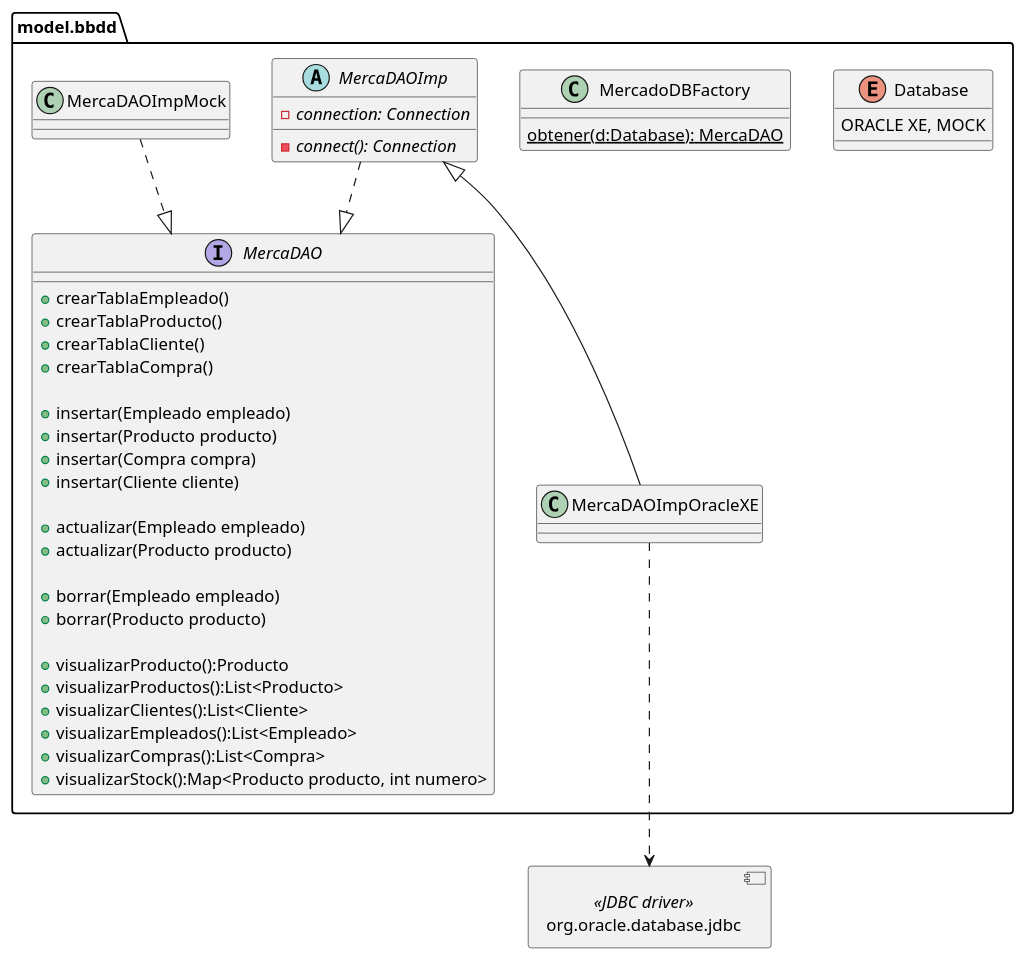
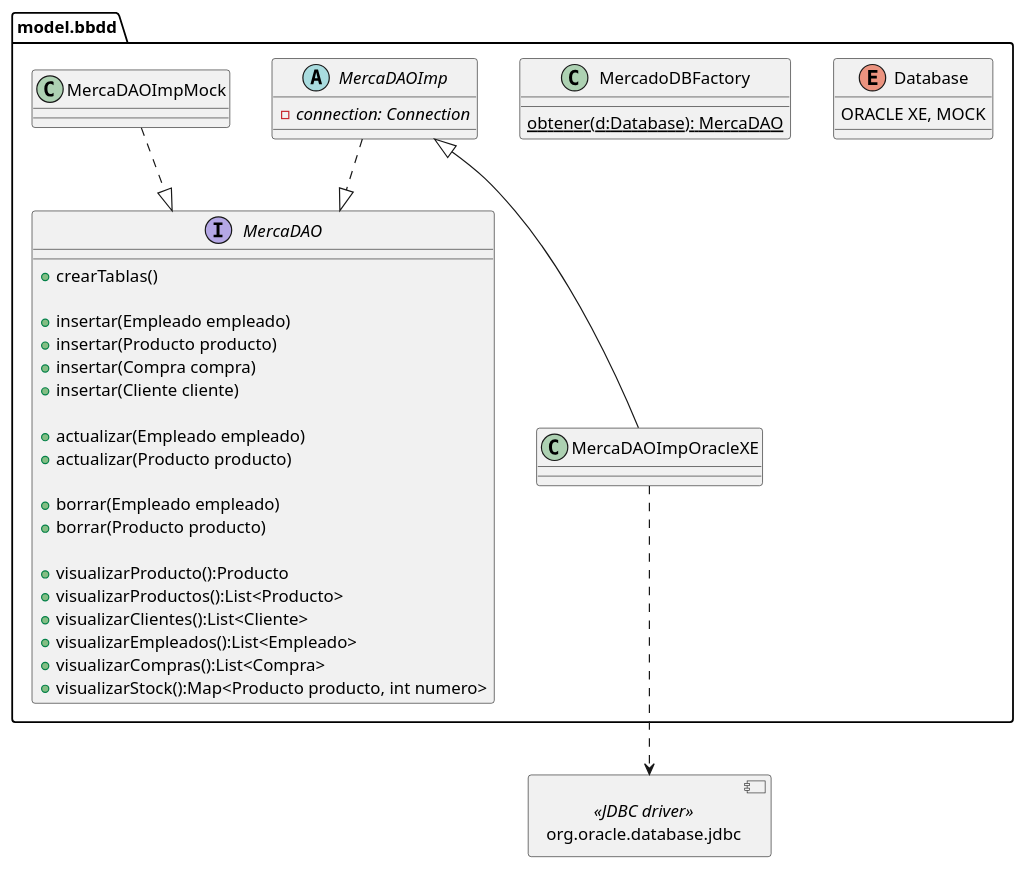
One commit to dmadcha/mercadaw_trabajo_ev3 changed the diagram in design/Clases/ClasesBBDD.pu. Above: the diagram before and after it, drawn with PlantUML. The commit also changed 8 other files, not shown here.

```diff
--- a/design/Clases/ClasesBBDD.pu
+++ b/design/Clases/ClasesBBDD.pu
@@ -1,62 +1,57 @@
 @startuml bbdd
 allow_mixing
 set separator none
 top to bottom direction
     package model.bbdd{
         enum Database{
             ORACLE XE, MOCK
         }
 
         interface MercaDAO{
-        + crearTablaEmpleado()
-        + crearTablaProducto()
-        + crearTablaCliente()
-        + crearTablaCompra()
+        + crearTablas()
 
         + insertar(Empleado empleado)
         + insertar(Producto producto)
         + insertar(Compra compra)
         + insertar(Cliente cliente)
 
         + actualizar(Empleado empleado)
         + actualizar(Producto producto)
         
         + borrar(Empleado empleado)
         + borrar(Producto producto)
         
         + visualizarProducto():Producto
         + visualizarProductos():List<Producto>
         + visualizarClientes():List<Cliente>
         + visualizarEmpleados():List<Empleado>
         + visualizarCompras():List<Compra>
         + visualizarStock():Map<Producto producto, int numero>
         }
 
         class MercadoDBFactory{
             {static} obtener(d:Database): MercaDAO
         }
 
         abstract MercaDAOImp {
-            - {abstract} connection: Connection
-            - {abstract} connect(): Connection
-            
+            - {abstract} connection: Connection            
         }
 
         class MercaDAOImpMock{
 
         }
 
         class MercaDAOImpOracleXE{
             
         }
            
     }
 
     component org.oracle.database.jdbc <<JDBC driver>>
 
     MercaDAOImpOracleXE ..> org.oracle.database.jdbc
     MercaDAOImp <|-- MercaDAOImpOracleXE
     MercaDAOImp..|> MercaDAO
     MercaDAOImpMock..|> MercaDAO 
     
 @enduml
```
